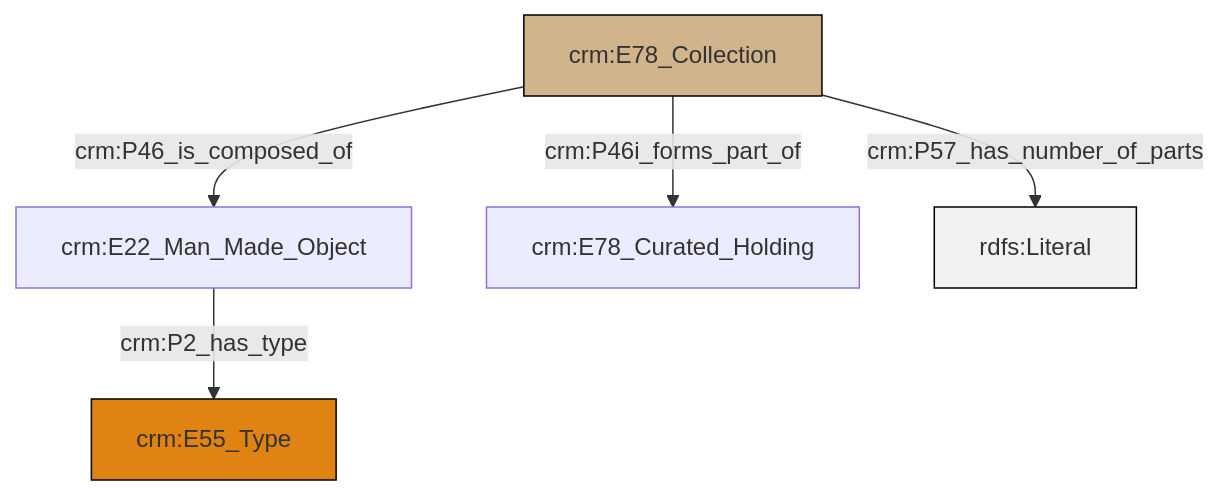
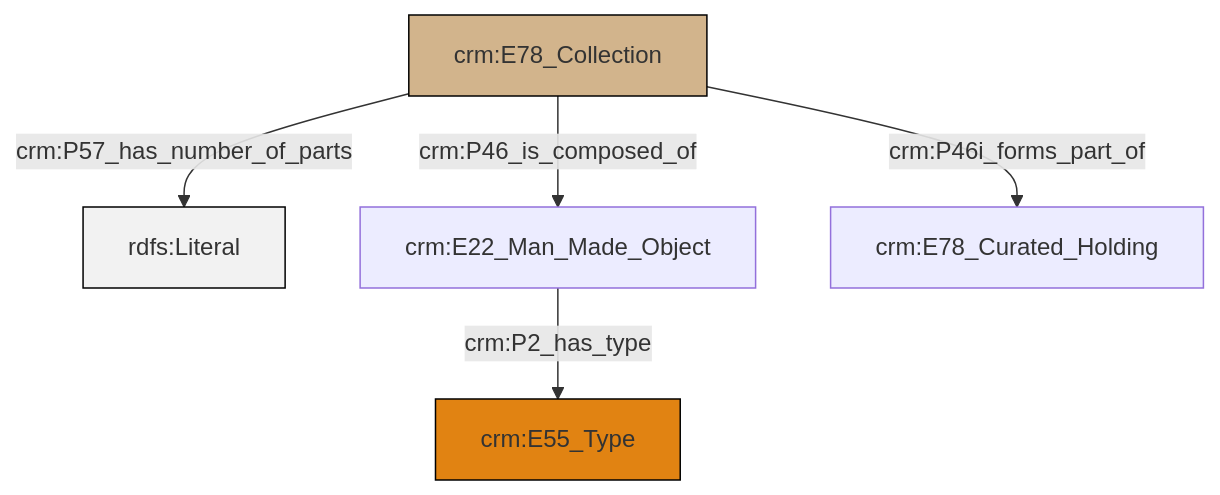
One commit to swiss-art-research-net/docs.swissartresearch changed the diagram in et/archivalCSV/ttl/mmd/archival_parthood.ttl.mmd. Above: the diagram before and after it, drawn with Mermaid. The commit also changed 204 other files, not shown here.

```diff
--- a/et/archivalCSV/ttl/mmd/archival_parthood.ttl.mmd
+++ b/et/archivalCSV/ttl/mmd/archival_parthood.ttl.mmd
@@ -1,19 +1,19 @@
 graph TD
 classDef Literal fill:#f2f2f2,stroke:#000000;
 classDef CRM_Entity fill:#FFFFFF,stroke:#000000;
 classDef Temporal_Entity fill:#00C9E6, stroke:#000000;
 classDef Type fill:#E18312, stroke:#000000;
 classDef Time-Span fill:#2C9C91, stroke:#000000;
 classDef Appellation fill:#FFEB7F, stroke:#000000;
 classDef Place fill:#008836, stroke:#000000;
 classDef Persistent_Item fill:#B266B2, stroke:#000000;
 classDef Conceptual_Object fill:#FFD700, stroke:#000000;
 classDef Physical_Thing fill:#D2B48C, stroke:#000000;
 classDef Actor fill:#f58aad, stroke:#000000;
 classDef PC_Classes fill:#4ce600, stroke:#000000;
 classDef Multi fill:#cccccc,stroke:#000000;
 
-0["crm:E22_Man_Made_Object"]:::Default -->|crm:P2_has_type| 1["crm:E55_Type"]:::Type
-4["crm:E78_Collection"]:::Physical_Thing -->|crm:P46_is_composed_of| 0["crm:E22_Man_Made_Object"]:::Default
-4["crm:E78_Collection"]:::Physical_Thing -->|crm:P57_has_number_of_parts| 5[rdfs:Literal]:::Literal
-4["crm:E78_Collection"]:::Physical_Thing -->|crm:P46i_forms_part_of| 2["crm:E78_Curated_Holding"]:::Default
+0["crm:E78_Collection"]:::Physical_Thing -->|crm:P57_has_number_of_parts| 2[rdfs:Literal]:::Literal
+3["crm:E22_Man_Made_Object"]:::Default -->|crm:P2_has_type| 4["crm:E55_Type"]:::Type
+0["crm:E78_Collection"]:::Physical_Thing -->|crm:P46_is_composed_of| 3["crm:E22_Man_Made_Object"]:::Default
+0["crm:E78_Collection"]:::Physical_Thing -->|crm:P46i_forms_part_of| 6["crm:E78_Curated_Holding"]:::Default
```
